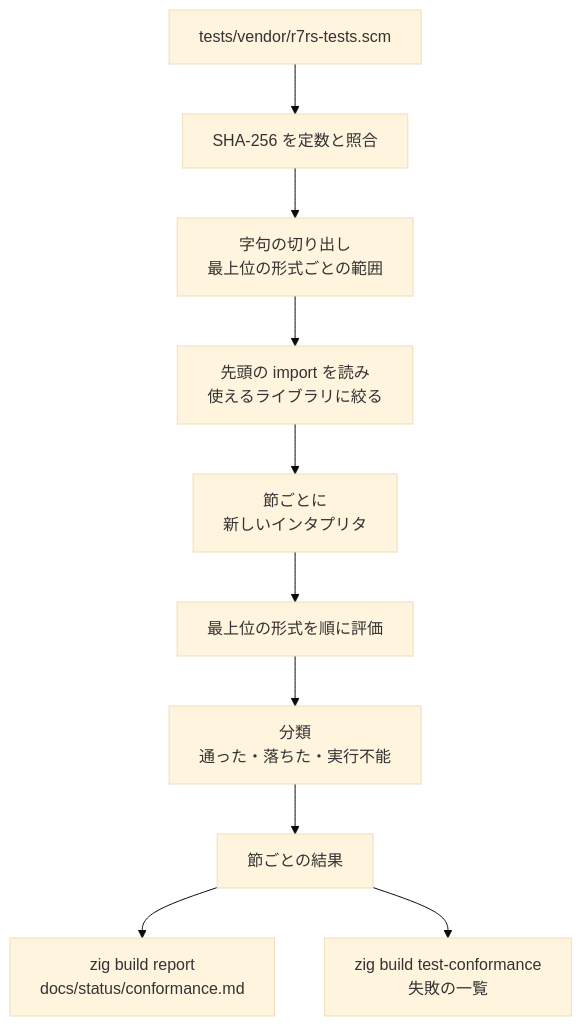
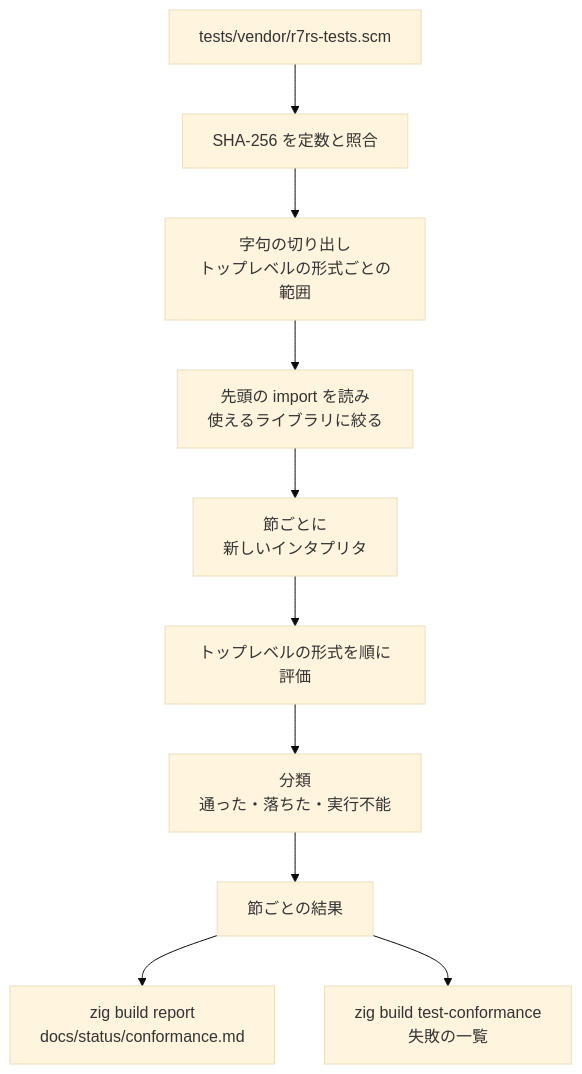
One commit to suchi/sucheme-zig changed the first of 2 diagrams in docs/plans/0020-conformance-harness-early.md. Above: the diagram before and after it, drawn with Mermaid (base theme). The commit also changed other lines of this file and 40 other files, not shown here.

````diff
--- a/docs/plans/0020-conformance-harness-early.md
+++ b/docs/plans/0020-conformance-harness-early.md
@@ -133,12 +133,12 @@
 ```mermaid
 flowchart TD
     src["tests/vendor/r7rs-tests.scm"] --> hash["SHA-256 を定数と照合"]
-    hash --> split["字句の切り出し<br/>最上位の形式ごとの範囲"]
+    hash --> split["字句の切り出し<br/>トップレベルの形式ごとの範囲"]
     split --> imp["先頭の import を読み<br/>使えるライブラリに絞る"]
     imp --> sec["節ごとに<br/>新しいインタプリタ"]
-    sec --> chunk["最上位の形式を順に評価"]
+    sec --> chunk["トップレベルの形式を順に評価"]
     chunk --> classify["分類<br/>通った・落ちた・実行不能"]
     classify --> res["節ごとの結果"]
     res --> report["zig build report<br/>docs/status/conformance.md"]
     res --> list["zig build test-conformance<br/>失敗の一覧"]
 ```
````
